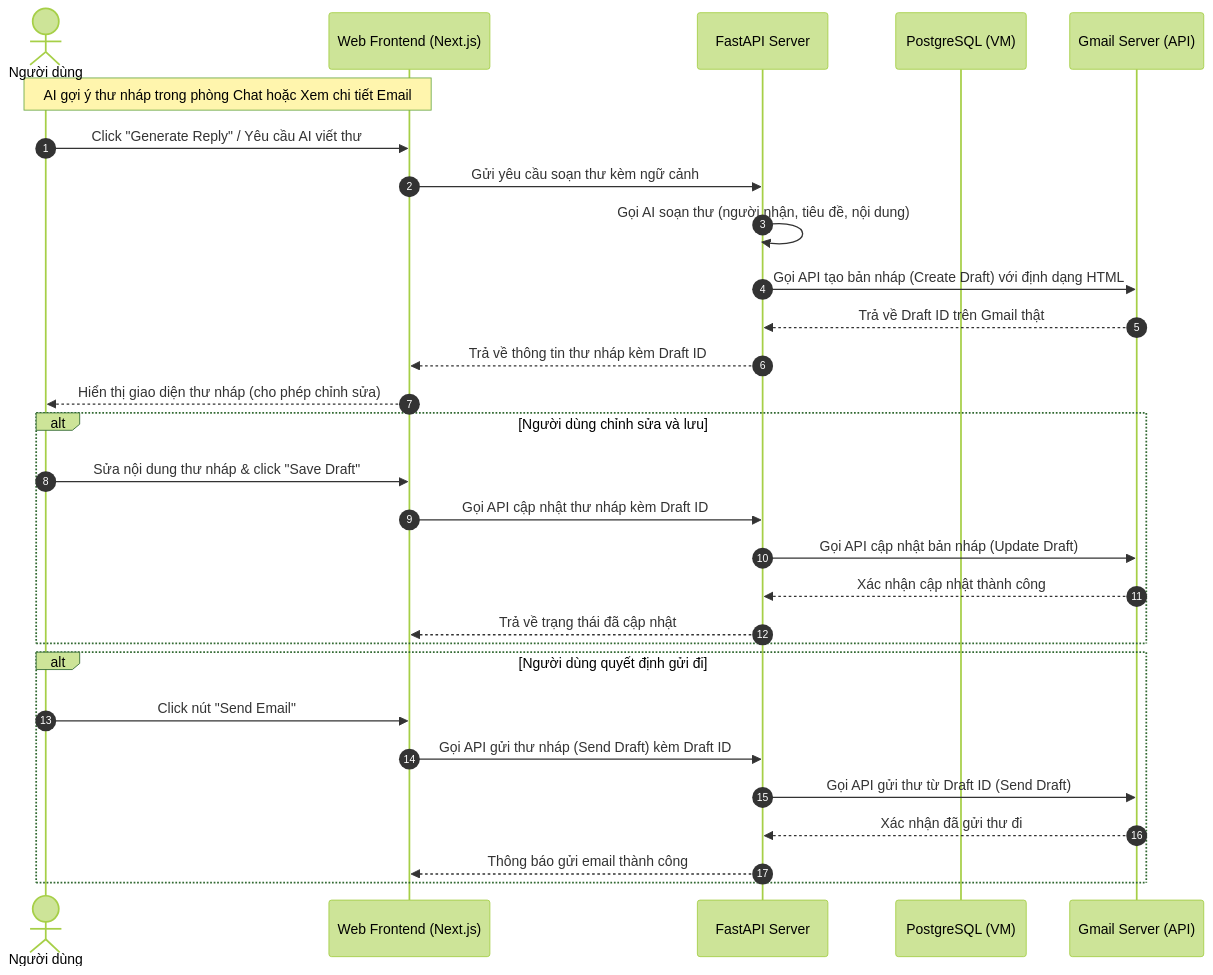
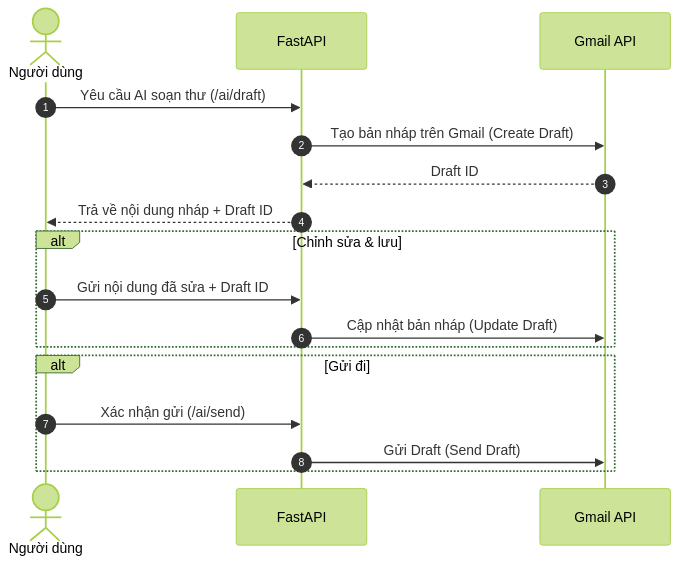
Before and after one commit to khoiteychin/ai-email-manager-agent: the fourth of 4 diagrams in README.md, drawn with Mermaid (forest theme). The commit also changed other lines of this file, not shown here.

Commit message:
docs: rewrite README to reflect current codebase (GCP VM + local PostgreSQL, no Telegram)

````diff
--- a/README.md
+++ b/README.md
@@ -181,34 +149,21 @@
 ```mermaid
 sequenceDiagram
     autonumber
     actor User as Người dùng
-    participant Web as Web Frontend (Next.js)
-    participant Backend as FastAPI Server
-    participant DB as PostgreSQL (VM)
-    participant Gmail as Gmail Server (API)
+    participant Backend as FastAPI
+    participant Gmail as Gmail API
 
-    Note over User, Web: AI gợi ý thư nháp trong phòng Chat hoặc Xem chi tiết Email
-    User->>Web: Click "Generate Reply" / Yêu cầu AI viết thư
-    Web->>Backend: Gửi yêu cầu soạn thư kèm ngữ cảnh
-    Backend->>Backend: Gọi AI soạn thư (người nhận, tiêu đề, nội dung)
-    Backend->>Gmail: Gọi API tạo bản nháp (Create Draft) với định dạng HTML
-    Gmail-->>Backend: Trả về Draft ID trên Gmail thật
-    Backend-->>Web: Trả về thông tin thư nháp kèm Draft ID
-    Web-->>User: Hiển thị giao diện thư nháp (cho phép chỉnh sửa)
+    User->>Backend: Yêu cầu AI soạn thư (/ai/draft)
+    Backend->>Gmail: Tạo bản nháp trên Gmail (Create Draft)
+    Gmail-->>Backend: Draft ID
+    Backend-->>User: Trả về nội dung nháp + Draft ID
 
-    alt Người dùng chỉnh sửa và lưu
-        User->>Web: Sửa nội dung thư nháp & click "Save Draft"
-        Web->>Backend: Gọi API cập nhật thư nháp kèm Draft ID
-        Backend->>Gmail: Gọi API cập nhật bản nháp (Update Draft)
-        Gmail-->>Backend: Xác nhận cập nhật thành công
-        Backend-->>Web: Trả về trạng thái đã cập nhật
+    alt Chỉnh sửa & lưu
+        User->>Backend: Gửi nội dung đã sửa + Draft ID
+        Backend->>Gmail: Cập nhật bản nháp (Update Draft)
     end
-
-    alt Người dùng quyết định gửi đi
-        User->>Web: Click nút "Send Email"
-        Web->>Backend: Gọi API gửi thư nháp (Send Draft) kèm Draft ID
-        Backend->>Gmail: Gọi API gửi thư từ Draft ID (Send Draft)
-        Gmail-->>Backend: Xác nhận đã gửi thư đi
-        Backend-->>Web: Thông báo gửi email thành công
+    alt Gửi đi
+        User->>Backend: Xác nhận gửi (/ai/send)
+        Backend->>Gmail: Gửi Draft (Send Draft)
     end
 ```
````
